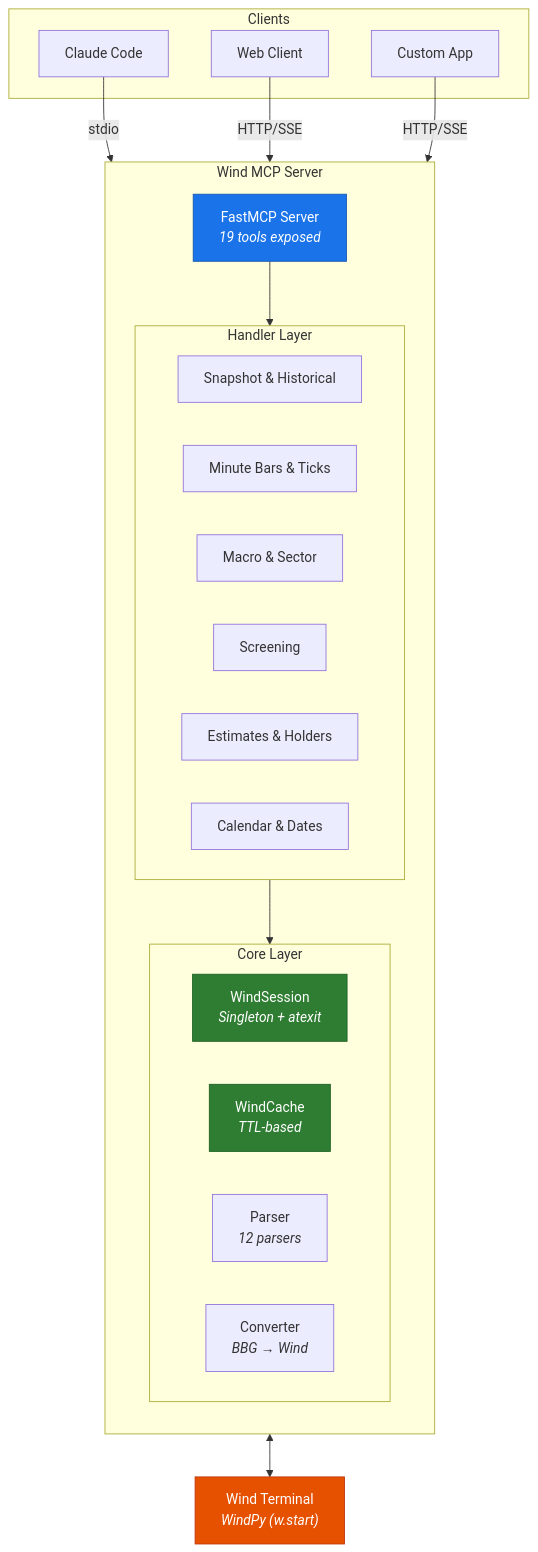
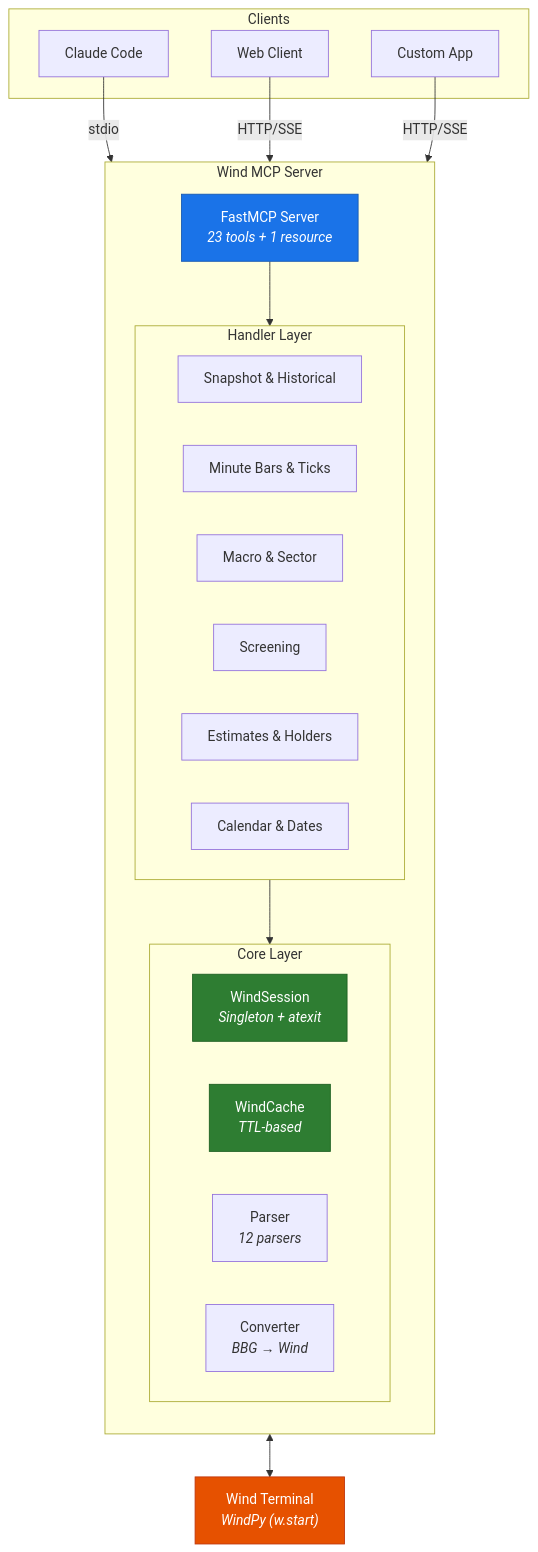
One commit to QmQsun/Wind-MCP changed the first of 5 diagrams in README.md. Above: the diagram before and after it, drawn with Mermaid. The commit also changed other lines of this file and 6 other files, not shown here.

````diff
--- a/README.md
+++ b/README.md
@@ -29,45 +31,45 @@
 ```mermaid
 graph TB
     subgraph Clients
         CC[Claude Code]
         WC[Web Client]
         CA[Custom App]
     end
 
     subgraph "Wind MCP Server"
         direction TB
-        MCP["FastMCP Server<br/><i>19 tools exposed</i>"]
+        MCP["FastMCP Server<br/><i>23 tools + 1 resource</i>"]
 
         subgraph Handlers["Handler Layer"]
             direction LR
             SNAP[Snapshot & Historical]
             INTRA[Minute Bars & Ticks]
             MACRO[Macro & Sector]
             SCREEN[Screening]
             EST[Estimates & Holders]
             CAL[Calendar & Dates]
         end
 
         subgraph Core["Core Layer"]
             direction LR
             SESSION["WindSession<br/><i>Singleton + atexit</i>"]
             CACHE["WindCache<br/><i>TTL-based</i>"]
             PARSER["Parser<br/><i>12 parsers</i>"]
             CONV["Converter<br/><i>BBG → Wind</i>"]
         end
     end
 
     WIND["Wind Terminal<br/><i>WindPy (w.start)</i>"]
 
     CC -- stdio --> MCP
     WC -- HTTP/SSE --> MCP
     CA -- HTTP/SSE --> MCP
     MCP --> Handlers
     Handlers --> Core
     SESSION <--> WIND
 
     style MCP fill:#1a73e8,stroke:#1557b0,color:#fff
     style WIND fill:#e65100,stroke:#bf360c,color:#fff
     style SESSION fill:#2e7d32,stroke:#1b5e20,color:#fff
     style CACHE fill:#2e7d32,stroke:#1b5e20,color:#fff
 ```
````
